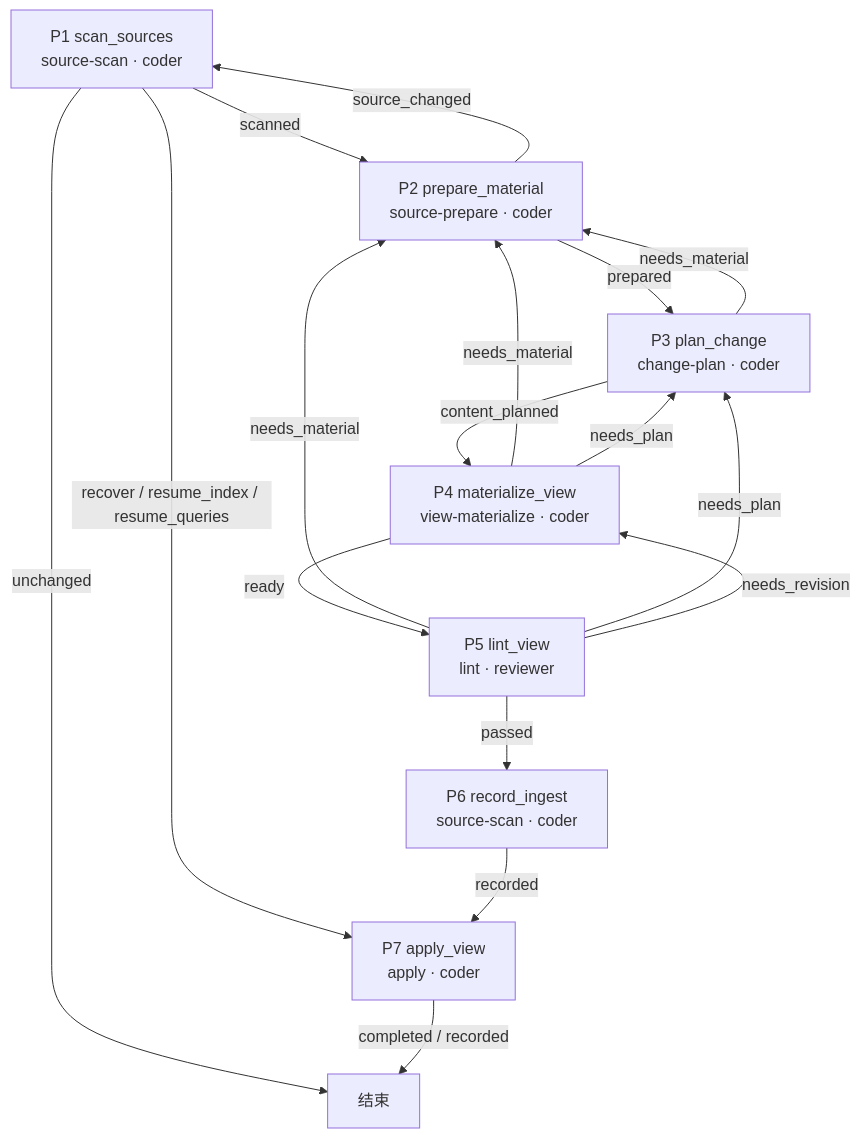
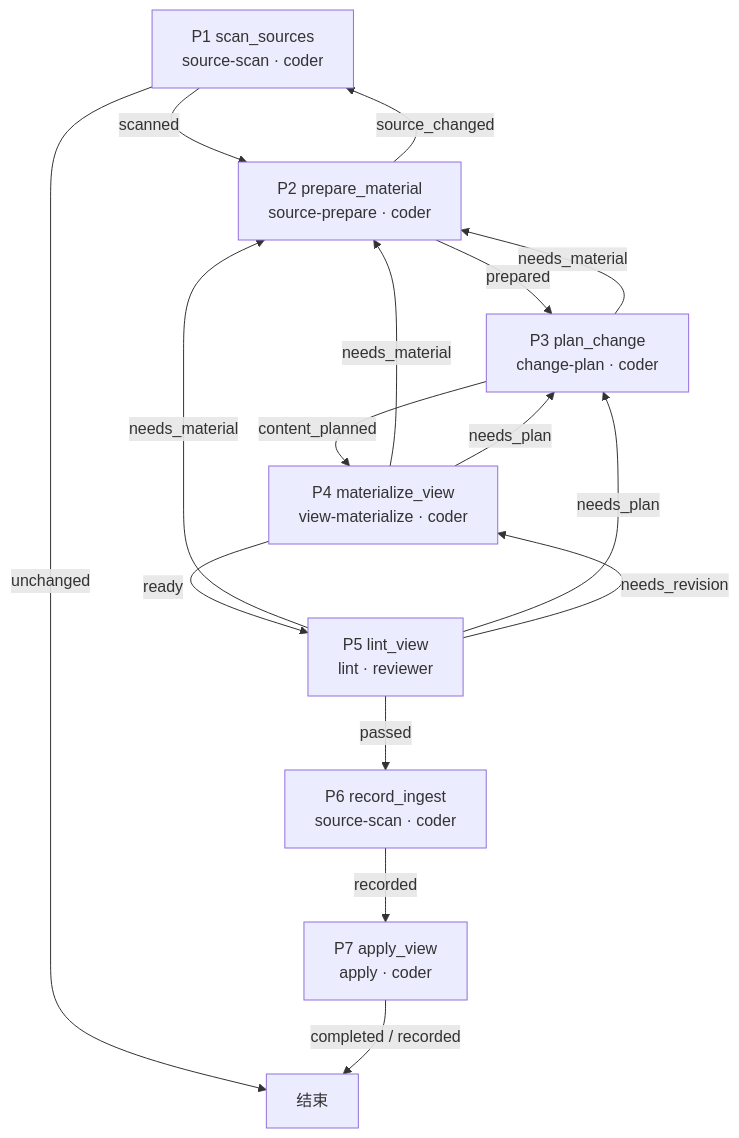
Before and after one commit to Robin-hhc/FactumCore: the fourth of 27 diagrams in himate-knowledge-wifi-mp/docs-llm-wiki/知识库详细设计.md, drawn with Mermaid. The commit also changed other lines of this file and 11 other files, not shown here.

````diff
--- a/himate-knowledge-wifi-mp/docs-llm-wiki/知识库详细设计.md
+++ b/himate-knowledge-wifi-mp/docs-llm-wiki/知识库详细设计.md
@@ -156,19 +156,18 @@
 ```mermaid
 flowchart TD
     P1["P1 scan_sources<br/>source-scan · coder"] -->|scanned| P2["P2 prepare_material<br/>source-prepare · coder"]
     P1 -->|unchanged| END["结束"]
-    P1 -->|recover / resume_index / resume_queries| P7
     P2 -->|prepared| P3["P3 plan_change<br/>change-plan · coder"]
     P2 -->|source_changed| P1
     P3 -->|content_planned| P4["P4 materialize_view<br/>view-materialize · coder"]
     P3 -->|needs_material| P2
     P4 -->|ready| P5["P5 lint_view<br/>lint · reviewer"]
     P4 -->|needs_material| P2
     P4 -->|needs_plan| P3
     P5 -->|needs_material| P2
     P5 -->|needs_plan| P3
     P5 -->|needs_revision| P4
     P5 -->|passed| P6["P6 record_ingest<br/>source-scan · coder"]
     P6 -->|recorded| P7["P7 apply_view<br/>apply · coder"]
     P7 -->|completed / recorded| END
 ```
````
